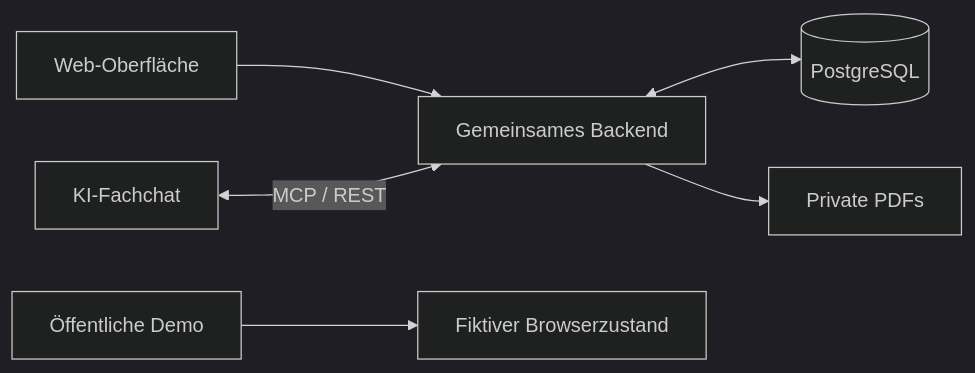
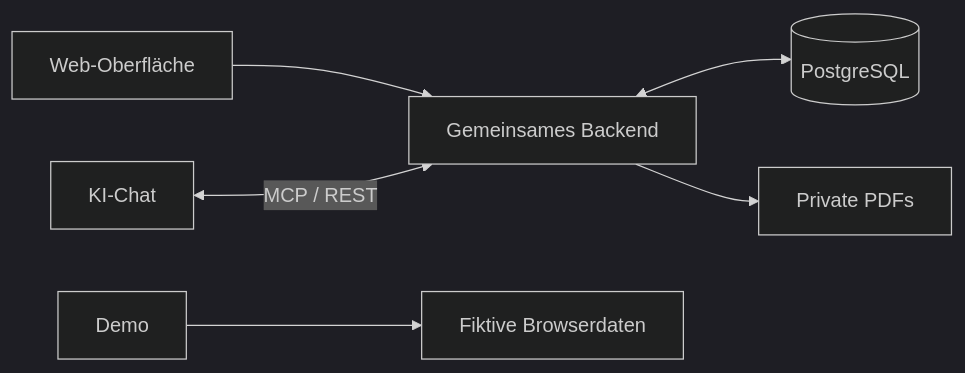
The diagram in README.md (Jonas480185/semester-cockpit), drawn with Mermaid (dark theme) before and after one commit. The commit also changed other lines of this file and 1 other file, not shown here.

````diff
--- a/README.md
+++ b/README.md
@@ -108,8 +128,8 @@
 ```mermaid
 flowchart LR
     UI[Web-Oberfläche] --> API[Gemeinsames Backend]
-    Chat[KI-Fachchat] <-->|MCP / REST| API
+    Chat[KI-Chat] <-->|MCP / REST| API
     API <--> DB[(PostgreSQL)]
     API --> PDF[Private PDFs]
-    Demo[Öffentliche Demo] --> Fixtures[Fiktiver Browserzustand]
+    Demo[Demo] --> Fixtures[Fiktive Browserdaten]
 ```
````
